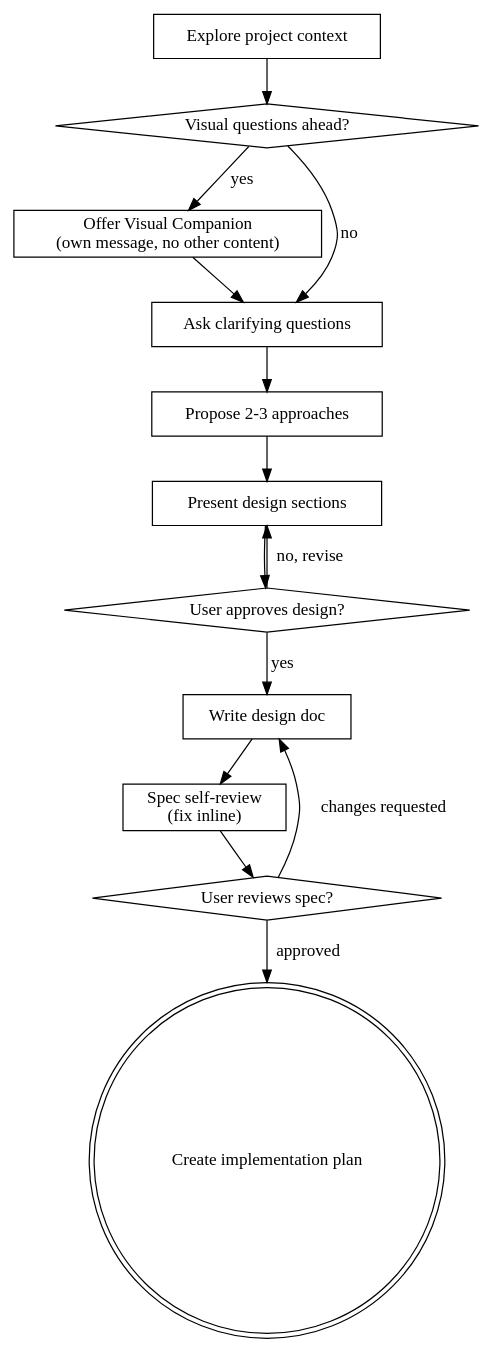
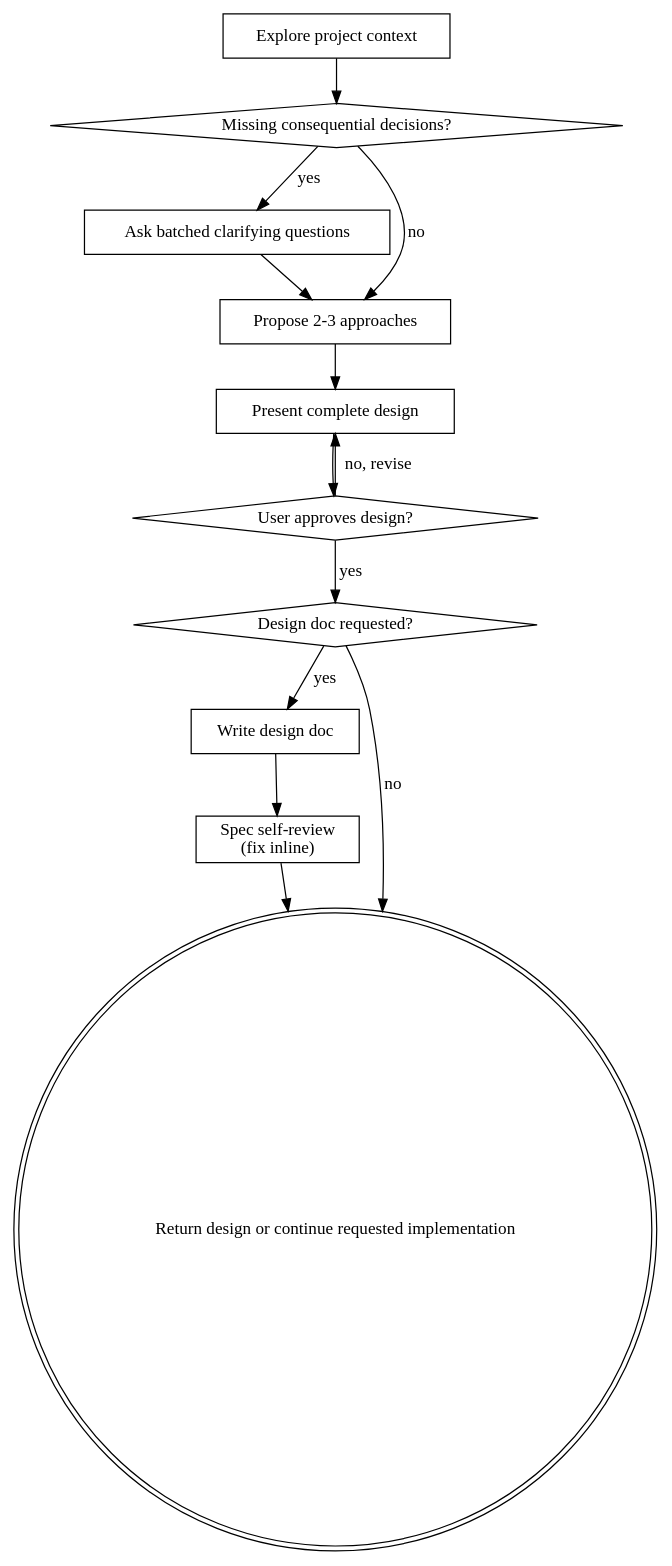
One commit to arik08/MyHarness changed the diagram in .skills/General/brainstorming/SKILL.md. Above: the diagram before and after it, drawn with Graphviz. The commit also changed other lines of this file and 109 other files, not shown here.

````diff
--- a/.skills/General/brainstorming/SKILL.md
+++ b/.skills/General/brainstorming/SKILL.md
@@ -36,29 +41,27 @@
 ```dot
 digraph brainstorming {
     "Explore project context" [shape=box];
-    "Visual questions ahead?" [shape=diamond];
-    "Offer Visual Companion\n(own message, no other content)" [shape=box];
-    "Ask clarifying questions" [shape=box];
+    "Missing consequential decisions?" [shape=diamond];
+    "Ask batched clarifying questions" [shape=box];
     "Propose 2-3 approaches" [shape=box];
-    "Present design sections" [shape=box];
+    "Present complete design" [shape=box];
     "User approves design?" [shape=diamond];
+    "Design doc requested?" [shape=diamond];
     "Write design doc" [shape=box];
     "Spec self-review\n(fix inline)" [shape=box];
-    "User reviews spec?" [shape=diamond];
-    "Create implementation plan" [shape=doublecircle];
+    "Return design or continue requested implementation" [shape=doublecircle];
 
-    "Explore project context" -> "Visual questions ahead?";
-    "Visual questions ahead?" -> "Offer Visual Companion\n(own message, no other content)" [label="yes"];
-    "Visual questions ahead?" -> "Ask clarifying questions" [label="no"];
-    "Offer Visual Companion\n(own message, no other content)" -> "Ask clarifying questions";
-    "Ask clarifying questions" -> "Propose 2-3 approaches";
-    "Propose 2-3 approaches" -> "Present design sections";
-    "Present design sections" -> "User approves design?";
-    "User approves design?" -> "Present design sections" [label="no, revise"];
-    "User approves design?" -> "Write design doc" [label="yes"];
+    "Explore project context" -> "Missing consequential decisions?";
+    "Missing consequential decisions?" -> "Ask batched clarifying questions" [label="yes"];
+    "Missing consequential decisions?" -> "Propose 2-3 approaches" [label="no"];
+    "Ask batched clarifying questions" -> "Propose 2-3 approaches";
+    "Propose 2-3 approaches" -> "Present complete design";
+    "Present complete design" -> "User approves design?";
+    "User approves design?" -> "Present complete design" [label="no, revise"];
+    "User approves design?" -> "Design doc requested?" [label="yes"];
+    "Design doc requested?" -> "Write design doc" [label="yes"];
+    "Design doc requested?" -> "Return design or continue requested implementation" [label="no"];
     "Write design doc" -> "Spec self-review\n(fix inline)";
-    "Spec self-review\n(fix inline)" -> "User reviews spec?";
-    "User reviews spec?" -> "Write design doc" [label="changes requested"];
-    "User reviews spec?" -> "Create implementation plan" [label="approved"];
+    "Spec self-review\n(fix inline)" -> "Return design or continue requested implementation";
 }
 ```
````
